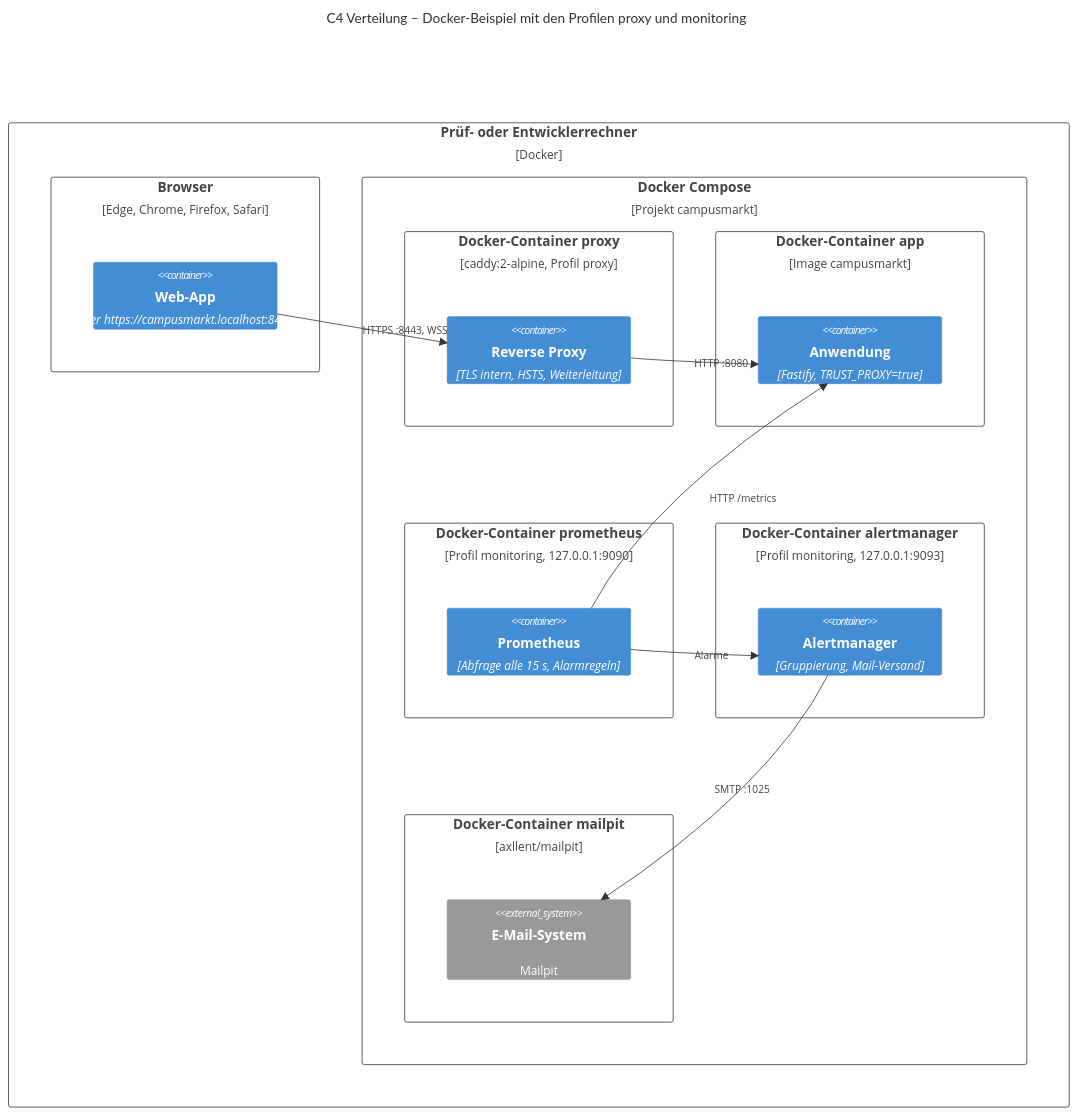
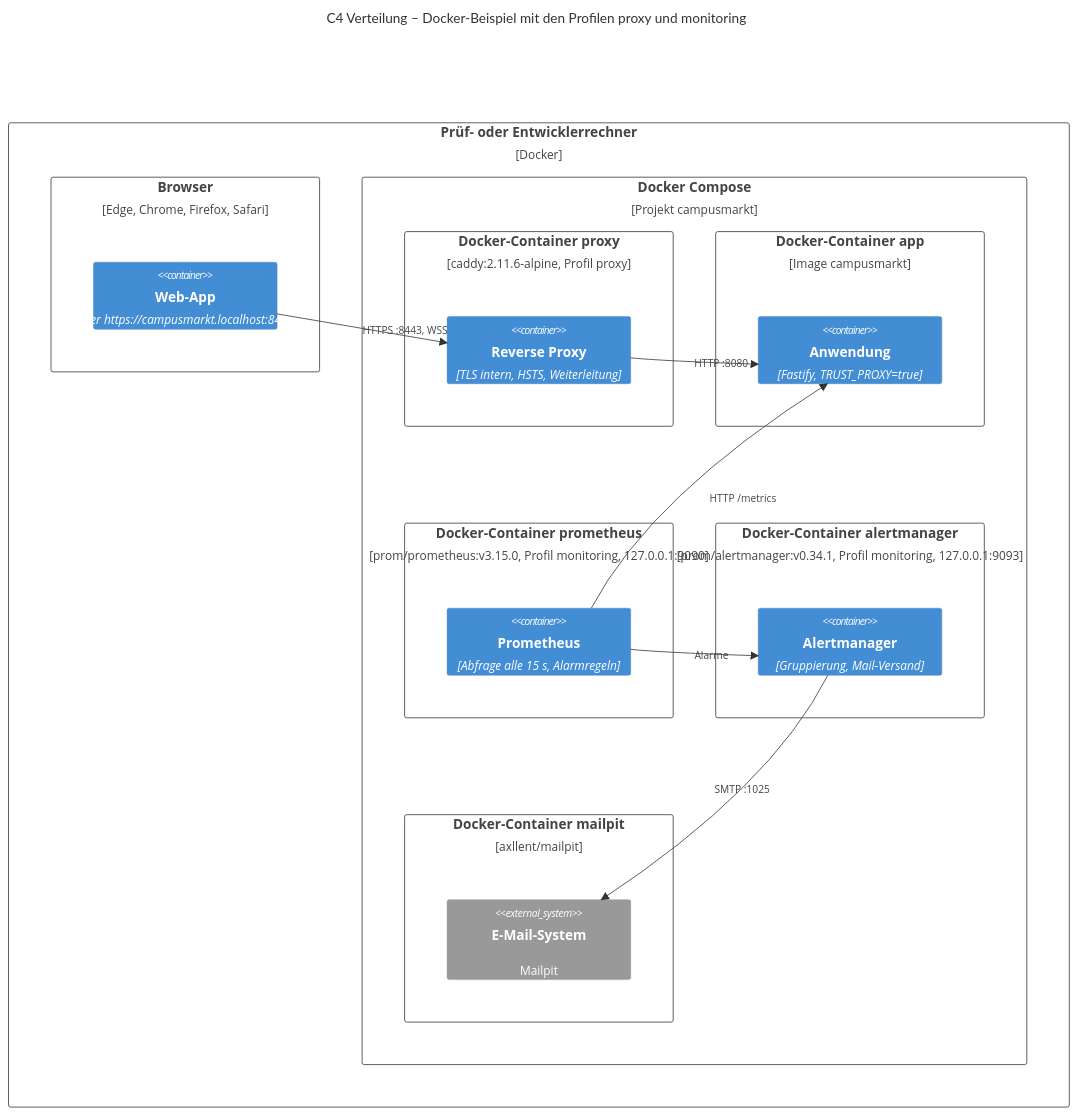
Diagram 15 of 17 in docs/03-architektur/architektur.md (CaRo10Robert/SWeng_projekt2026), drawn with Mermaid before and after one commit. The commit also changed other lines of this file and 77 other files, not shown here.

````diff
--- a/docs/03-architektur/architektur.md
+++ b/docs/03-architektur/architektur.md
@@ -873,32 +873,32 @@
 ```mermaid
 C4Deployment
     title C4 Verteilung – Docker-Beispiel mit den Profilen proxy und monitoring
     Deployment_Node(host2, "Prüf- oder Entwicklerrechner", "Docker") {
         Deployment_Node(browser2, "Browser", "Edge, Chrome, Firefox, Safari") {
             Container(spa2, "Web-App", "über https://campusmarkt.localhost:8443")
         }
         Deployment_Node(compose2, "Docker Compose", "Projekt campusmarkt") {
-            Deployment_Node(proxyc, "Docker-Container proxy", "caddy:2-alpine, Profil proxy") {
+            Deployment_Node(proxyc, "Docker-Container proxy", "caddy:2.11.6-alpine, Profil proxy") {
                 Container(proxy2, "Reverse Proxy", "TLS intern, HSTS, Weiterleitung")
             }
             Deployment_Node(appc2, "Docker-Container app", "Image campusmarkt") {
                 Container(app2, "Anwendung", "Fastify, TRUST_PROXY=true")
             }
-            Deployment_Node(promc, "Docker-Container prometheus", "Profil monitoring, 127.0.0.1:9090") {
+            Deployment_Node(promc, "Docker-Container prometheus", "prom/prometheus:v3.15.0, Profil monitoring, 127.0.0.1:9090") {
                 Container(prom2, "Prometheus", "Abfrage alle 15 s, Alarmregeln")
             }
-            Deployment_Node(amc, "Docker-Container alertmanager", "Profil monitoring, 127.0.0.1:9093") {
+            Deployment_Node(amc, "Docker-Container alertmanager", "prom/alertmanager:v0.34.1, Profil monitoring, 127.0.0.1:9093") {
                 Container(am2, "Alertmanager", "Gruppierung, Mail-Versand")
             }
             Deployment_Node(mpc2, "Docker-Container mailpit", "axllent/mailpit") {
                 System_Ext(mail2, "E-Mail-System", "Mailpit")
             }
         }
     }
     Rel(spa2, proxy2, "HTTPS :8443, WSS")
     Rel(proxy2, app2, "HTTP :8080")
     Rel(prom2, app2, "HTTP /metrics")
     Rel(prom2, am2, "Alarme")
     Rel(am2, mail2, "SMTP :1025")
     UpdateLayoutConfig($c4ShapeInRow="2", $c4BoundaryInRow="2")
 ```
````
